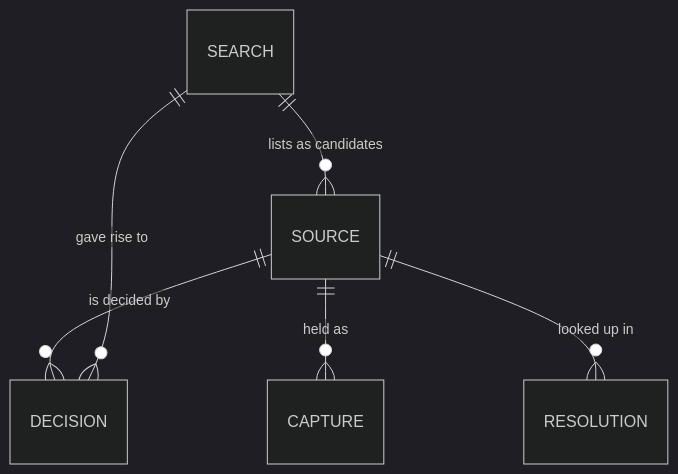
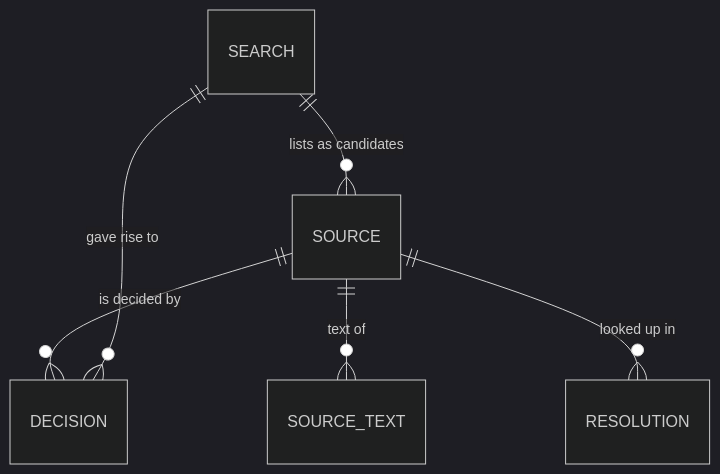
The first of 2 diagrams in docs/stemma/02-design/solution-designs/SD-004-research-and-discovery.md (DocumentDrivenDX/stemma), drawn with Mermaid (dark theme) before and after one commit. The commit also changed other lines of this file and 80 other files, not shown here.

First line of the commit message:
Evolve specs: source files in the repository, the capture-to-citation chain, and verification

````diff
--- a/docs/stemma/02-design/solution-designs/SD-004-research-and-discovery.md
+++ b/docs/stemma/02-design/solution-designs/SD-004-research-and-discovery.md
@@ -94,9 +94,9 @@
 ```mermaid
 %% id: sd004-research-entities
 erDiagram
     SEARCH ||--o{ SOURCE : "lists as candidates"
     SOURCE ||--o{ DECISION : "is decided by"
     SEARCH ||--o{ DECISION : "gave rise to"
-    SOURCE ||--o{ CAPTURE : "held as"
+    SOURCE ||--o{ SOURCE_TEXT : "text of"
     SOURCE ||--o{ RESOLUTION : "looked up in"
 ```
````
